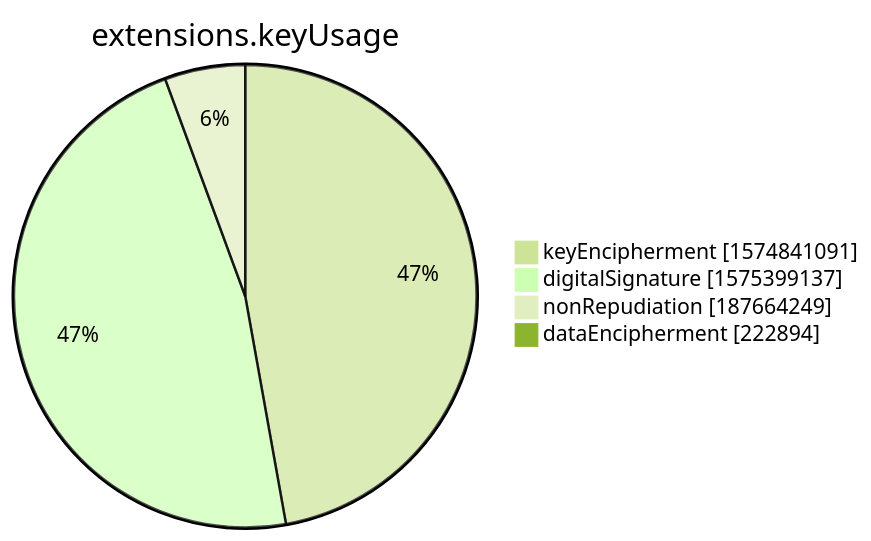
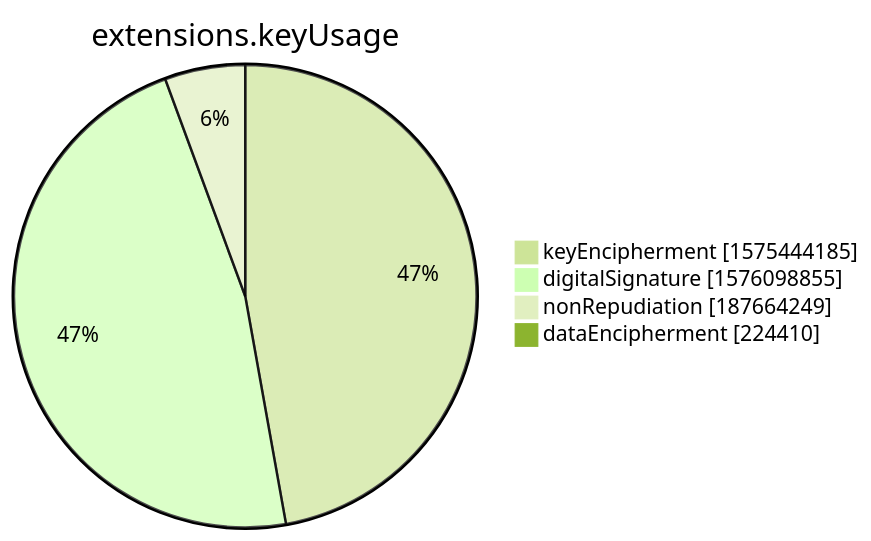
The seventh of 15 diagrams in xenon2022/README.md (christiankrug/ctmonitor_visualization), drawn with Mermaid (forest theme) before and after one commit. The commit also changed other lines of this file, not shown here.

````diff
--- a/xenon2022/README.md
+++ b/xenon2022/README.md
@@ -2853,8 +2853,8 @@
 ```mermaid
 pie showData
 title extensions.keyUsage
-"keyEncipherment" :1574841091
-"digitalSignature" :1575399137
+"keyEncipherment" :1575444185
+"digitalSignature" :1576098855
 "nonRepudiation" :187664249
-"dataEncipherment" :222894
+"dataEncipherment" :224410
 ```
````
